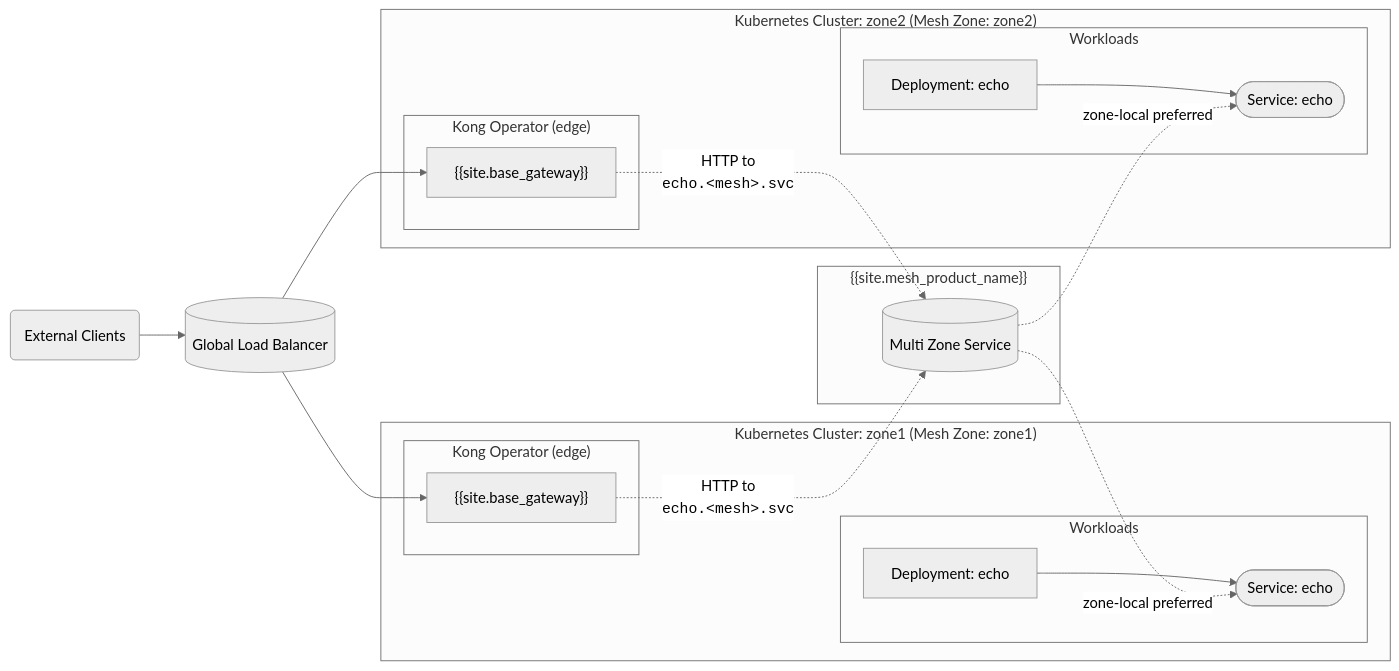
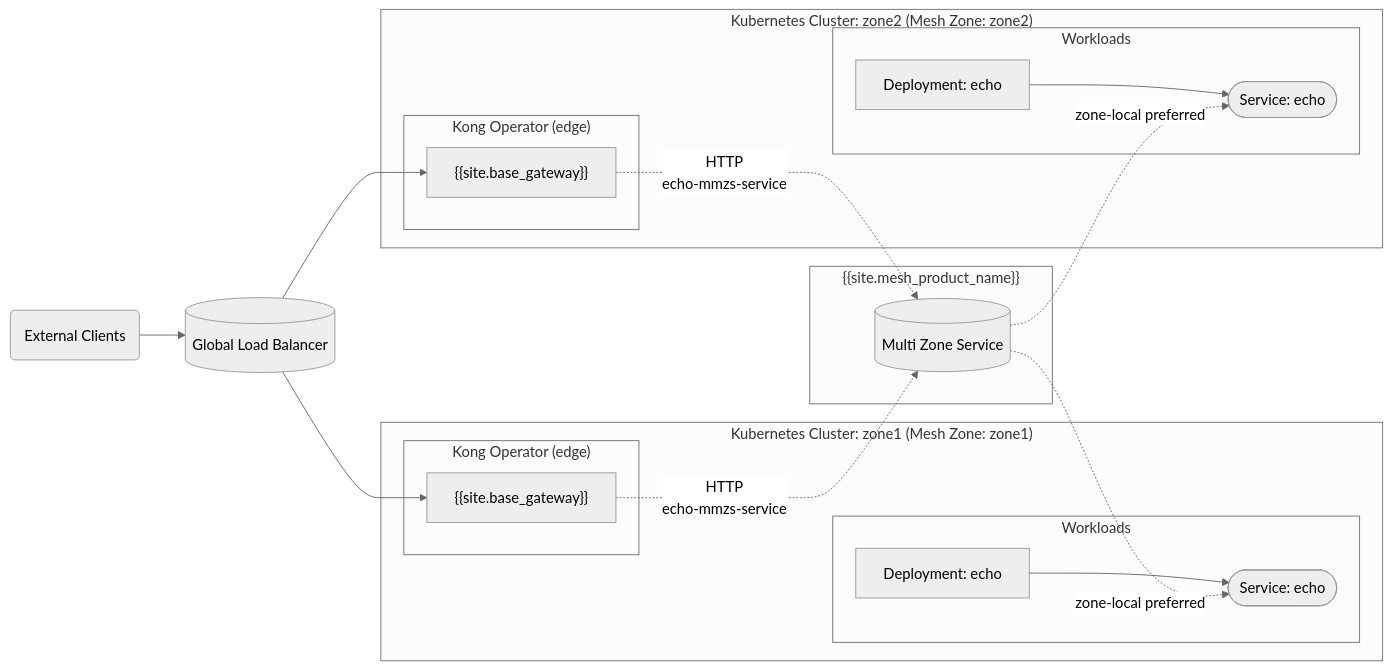
One commit to Kong/developer.konghq.com changed the diagram in app/_how-tos/mesh-dr.md. Above: the diagram before and after it, drawn with Mermaid (neutral theme). The commit also changed other lines of this file, not shown here.

```diff
--- a/app/_how-tos/mesh-dr.md
+++ b/app/_how-tos/mesh-dr.md
@@ -60,42 +60,42 @@
 {% mermaid %}
 ---
 config:
   layout: dagre
 ---
 flowchart LR
  subgraph MESH["{{site.mesh_product_name}}"]
         MMS[("Multi Zone Service")]
   end
  subgraph Z1Edge["Kong Operator (edge)"]
         Z1KIC1["{{site.base_gateway}}"]
   end
  subgraph Z1Apps["Workloads"]
         Z1DEP["Deployment: echo"]
         Z1SVC(["Service: echo"])
   end
  subgraph Z1["Kubernetes Cluster: zone1 (Mesh Zone: zone1)"]
         Z1Edge
         Z1Apps
   end
  subgraph Z2Edge["Kong Operator (edge)"]
         Z2KIC1["{{site.base_gateway}}"]
   end
  subgraph Z2Apps["Workloads"]
         Z2DEP["Deployment: echo"]
         Z2SVC(["Service: echo"])
   end
  subgraph Z2["Kubernetes Cluster: zone2 (Mesh Zone: zone2)"]
         Z2Edge
         Z2Apps
   end
     ext["External Clients"] --> GLB[("Global Load Balancer")]
     Z1DEP --> Z1SVC
     Z2DEP --> Z2SVC
     GLB --> Z1KIC1  & Z2KIC1 
-    Z1KIC1 -. "HTTP to\n<code>echo.&lt;mesh&gt;.svc</code>" .-> MMS
-    Z2KIC1 -. "HTTP to\n<code>echo.&lt;mesh&gt;.svc</code>" .-> MMS
+    Z1KIC1 -. "HTTP<br/>echo-mmzs-service" .-> MMS
+    Z2KIC1 -. "HTTP<br/>echo-mmzs-service" .-> MMS
     MMS -. "zone-local preferred" .-> Z1SVC & Z2SVC
     Z1DEP@{ shape: rect}
     Z2DEP@{ shape: rect}
     ext@{ shape: rounded}
 {% endmermaid %}
```
